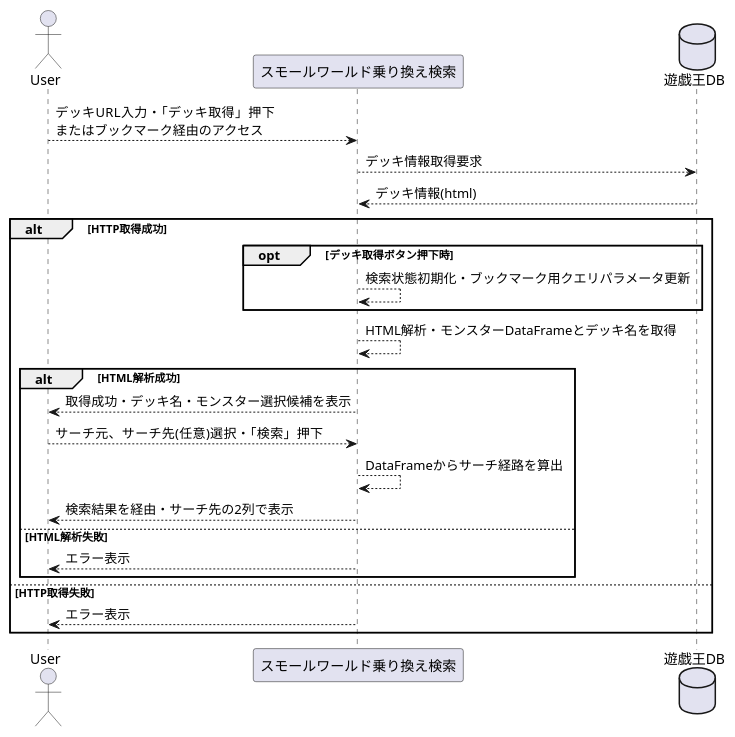
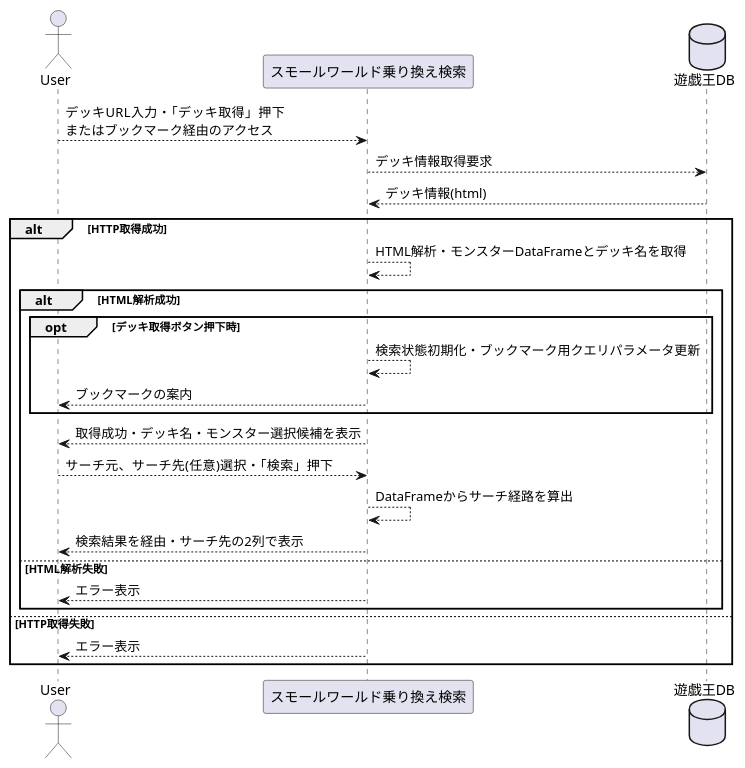
Before and after one commit to ikishichi/ygo-small-world-transit: the third of 6 diagrams in docs/ygo-small-world-transit.md, drawn with PlantUML. The commit also changed other lines of this file, not shown here.

Commit message:
docs: 処理順序の図を実装に合わせて更新

````diff
--- a/docs/ygo-small-world-transit.md
+++ b/docs/ygo-small-world-transit.md
@@ -49,28 +49,29 @@
 ```plantuml
 @startuml
 actor User as user
 participant "スモールワールド乗り換え検索" as sw
 database 遊戯王DB as db
 
 user --> sw : デッキURL入力・「デッキ取得」押下\nまたはブックマーク経由のアクセス
 sw --> db : デッキ情報取得要求
 db --> sw : デッキ情報(html)
 alt HTTP取得成功
-    opt デッキ取得ボタン押下時
-        sw --> sw : 検索状態初期化・ブックマーク用クエリパラメータ更新
-    end
     sw --> sw : HTML解析・モンスターDataFrameとデッキ名を取得
     alt HTML解析成功
+        opt デッキ取得ボタン押下時
+            sw --> sw : 検索状態初期化・ブックマーク用クエリパラメータ更新
+            sw --> user : ブックマークの案内
+        end
         sw --> user : 取得成功・デッキ名・モンスター選択候補を表示
         user --> sw : サーチ元、サーチ先(任意)選択・「検索」押下
         sw --> sw : DataFrameからサーチ経路を算出
         sw --> user : 検索結果を経由・サーチ先の2列で表示
     else HTML解析失敗
         sw --> user : エラー表示
     end
 else HTTP取得失敗
     sw --> user : エラー表示
 end
 
 @enduml
 ```
````
